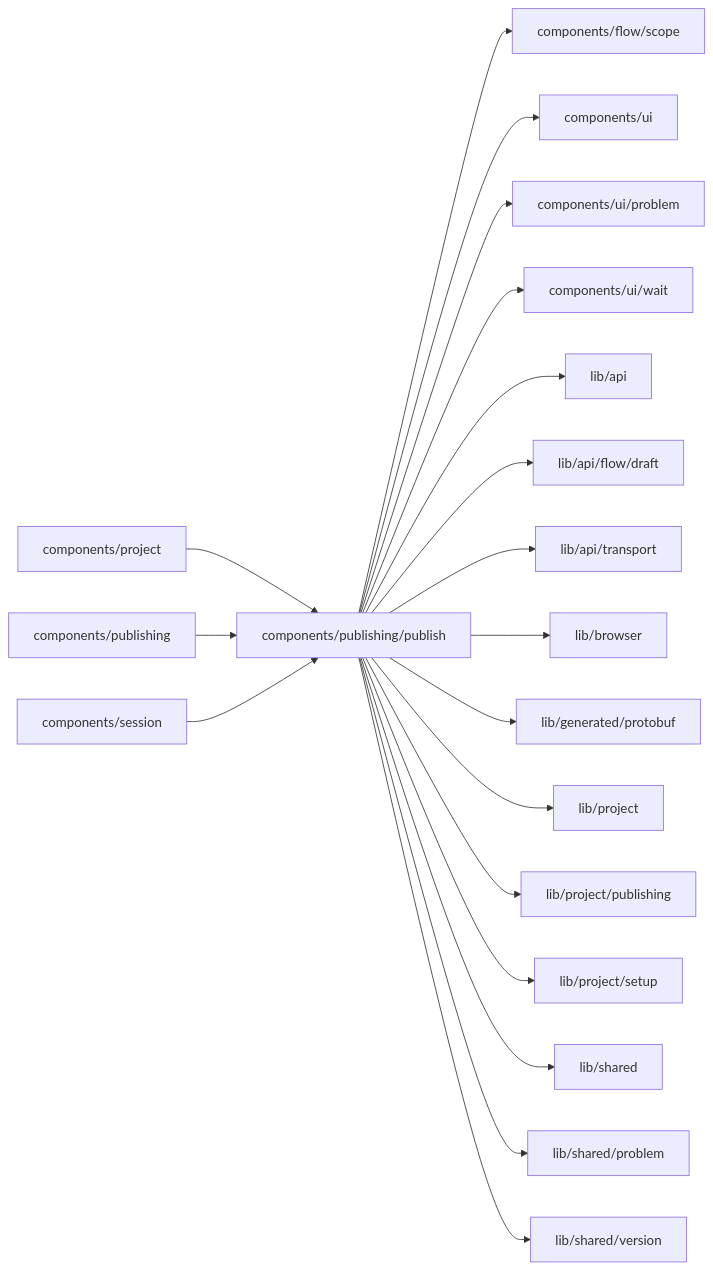
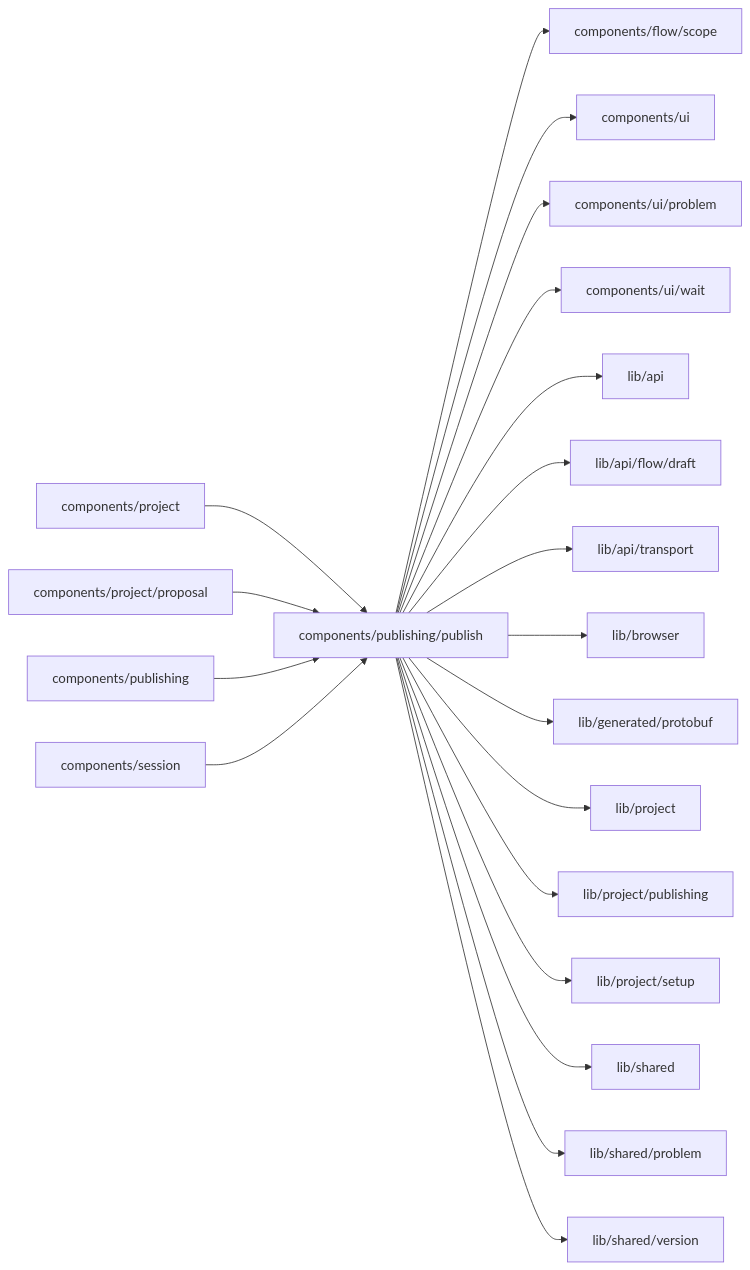
Before and after one commit to superdurable/superverse: the diagram in web/studio/components/publishing/publish/README.md, drawn with Mermaid. The commit also changed other lines of this file and 226 other files, not shown here.

````diff
--- a/web/studio/components/publishing/publish/README.md
+++ b/web/studio/components/publishing/publish/README.md
@@ -10,22 +10,23 @@
 ```mermaid
 flowchart LR
   self["components/publishing/publish"]
   c0["components/project"] --> self
-  c1["components/publishing"] --> self
-  c2["components/session"] --> self
+  c1["components/project/proposal"] --> self
+  c2["components/publishing"] --> self
+  c3["components/session"] --> self
   self --> d0["components/flow/scope"]
   self --> d1["components/ui"]
   self --> d2["components/ui/problem"]
   self --> d3["components/ui/wait"]
   self --> d4["lib/api"]
   self --> d5["lib/api/flow/draft"]
   self --> d6["lib/api/transport"]
   self --> d7["lib/browser"]
   self --> d8["lib/generated/protobuf"]
   self --> d9["lib/project"]
   self --> d10["lib/project/publishing"]
   self --> d11["lib/project/setup"]
   self --> d12["lib/shared"]
   self --> d13["lib/shared/problem"]
   self --> d14["lib/shared/version"]
 ```
````
